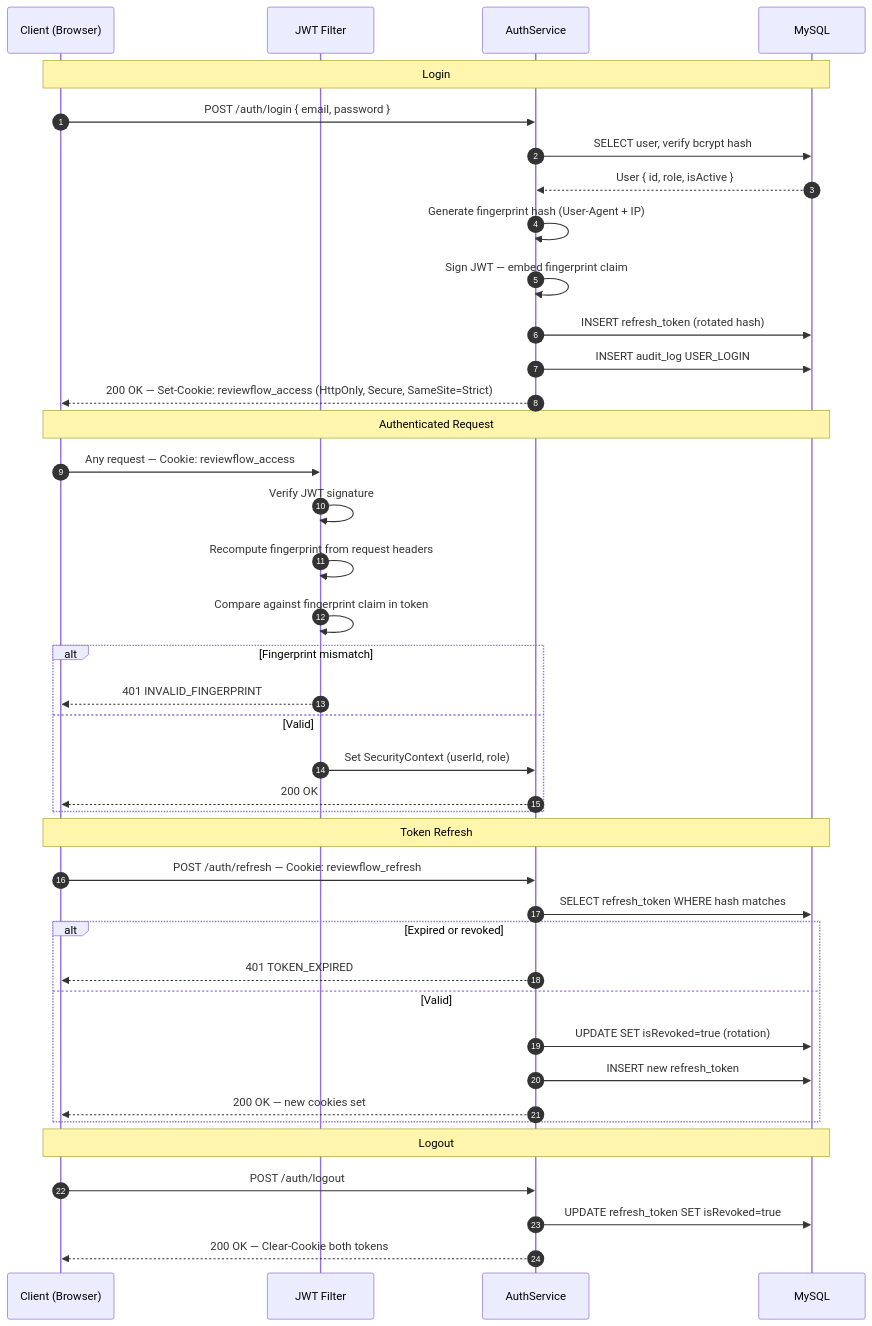
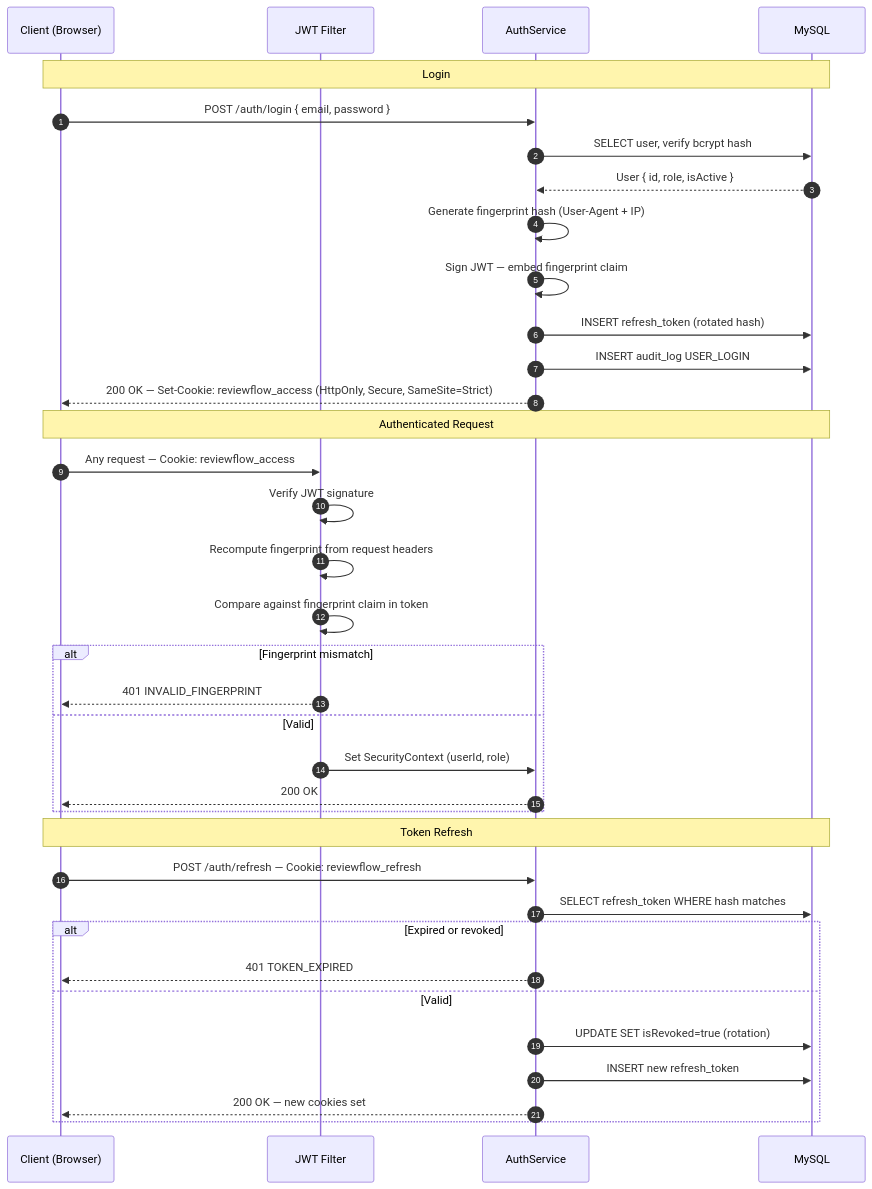
Before and after one commit to olafabregas/Reviewflow: the first of 7 diagrams in ARCHITECTURE.md, drawn with Mermaid. The commit also changed other lines of this file, not shown here.

Commit message:
Updating the Architecture file

````diff
--- a/ARCHITECTURE.md
+++ b/ARCHITECTURE.md
@@ -41,46 +39,41 @@
 ```mermaid
 sequenceDiagram
     autonumber
     participant C as Client (Browser)
     participant F as JWT Filter
     participant A as AuthService
     participant DB as MySQL
 
     Note over C,DB: Login
     C->>A: POST /auth/login { email, password }
     A->>DB: SELECT user, verify bcrypt hash
     DB-->>A: User { id, role, isActive }
     A->>A: Generate fingerprint hash (User-Agent + IP)
     A->>A: Sign JWT — embed fingerprint claim
     A->>DB: INSERT refresh_token (rotated hash)
     A->>DB: INSERT audit_log USER_LOGIN
     A-->>C: 200 OK — Set-Cookie: reviewflow_access (HttpOnly, Secure, SameSite=Strict)
 
     Note over C,DB: Authenticated Request
     C->>F: Any request — Cookie: reviewflow_access
     F->>F: Verify JWT signature
     F->>F: Recompute fingerprint from request headers
     F->>F: Compare against fingerprint claim in token
     alt Fingerprint mismatch
         F-->>C: 401 INVALID_FINGERPRINT
     else Valid
         F->>A: Set SecurityContext (userId, role)
         A-->>C: 200 OK
     end
 
     Note over C,DB: Token Refresh
     C->>A: POST /auth/refresh — Cookie: reviewflow_refresh
     A->>DB: SELECT refresh_token WHERE hash matches
     alt Expired or revoked
         A-->>C: 401 TOKEN_EXPIRED
     else Valid
         A->>DB: UPDATE SET isRevoked=true (rotation)
         A->>DB: INSERT new refresh_token
         A-->>C: 200 OK — new cookies set
     end
-
-    Note over C,DB: Logout
-    C->>A: POST /auth/logout
-    A->>DB: UPDATE refresh_token SET isRevoked=true
-    A-->>C: 200 OK — Clear-Cookie both tokens
 ```
````
